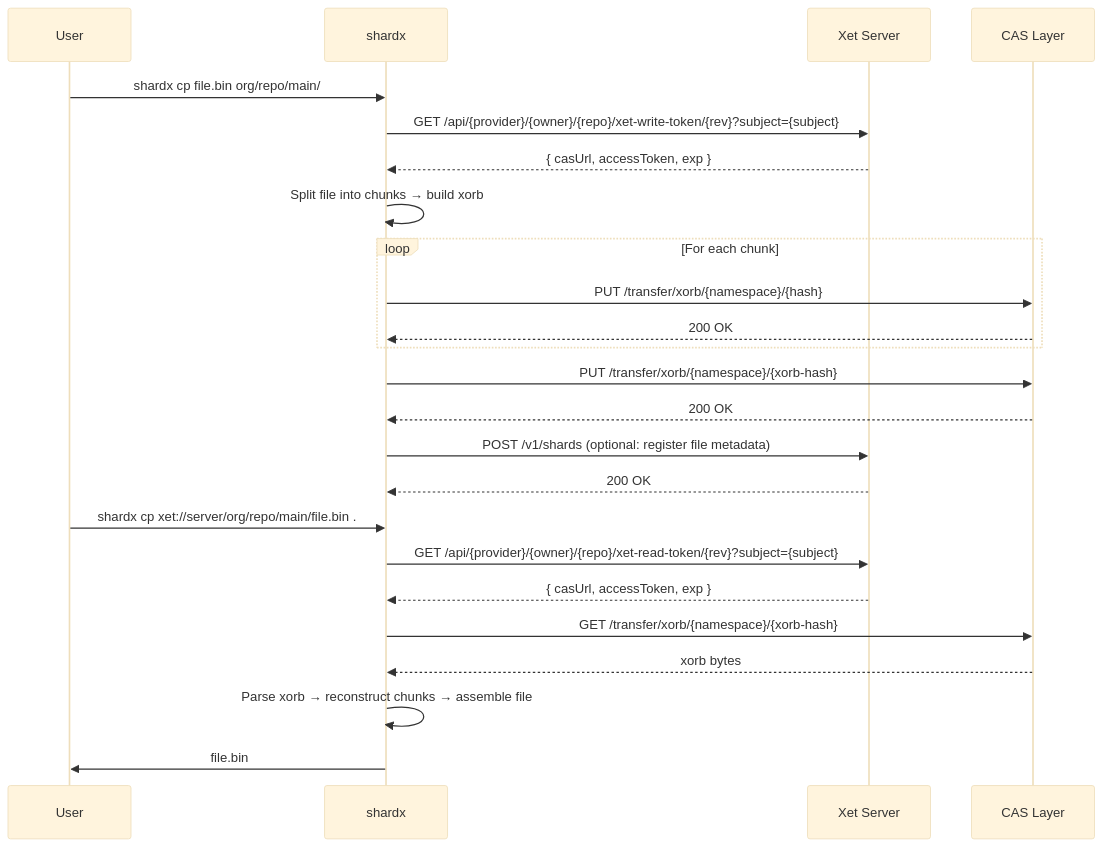
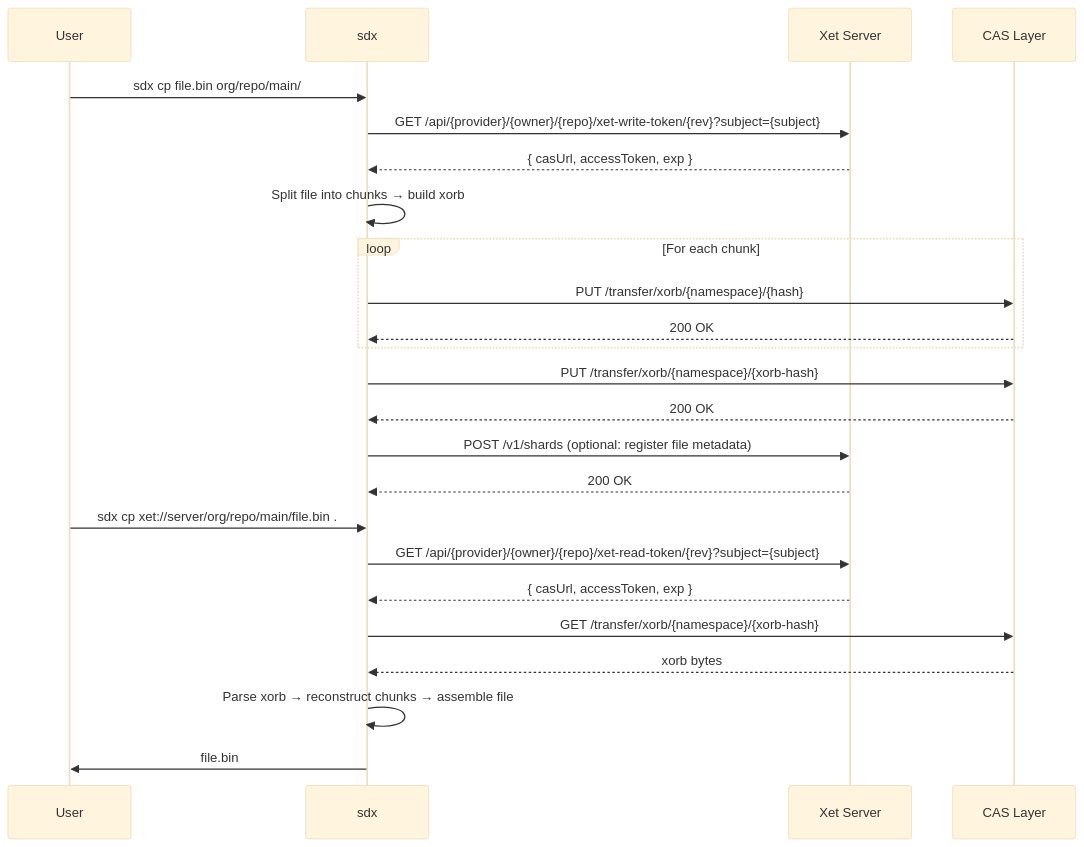
One commit to STEXS-Technologies/shardline changed the second of 2 diagrams in docs/XET_NATIVE_CLI.md. Above: the diagram before and after it, drawn with Mermaid (base theme). The commit also changed other lines of this file and 1 other file, not shown here.

Commit message:
docs: rename shardx to sdx, add sdx client library implementation plan

````diff
--- a/docs/XET_NATIVE_CLI.md
+++ b/docs/XET_NATIVE_CLI.md
@@ -121,33 +121,33 @@
 ```mermaid
 sequenceDiagram
   participant User as User
-  participant CLI as shardx
+  participant CLI as sdx
   participant Server as Xet Server
   participant CAS as CAS Layer
 
-  User->>CLI: shardx cp file.bin org/repo/main/
+  User->>CLI: sdx cp file.bin org/repo/main/
   CLI->>Server: GET /api/{provider}/{owner}/{repo}/xet-write-token/{rev}?subject={subject}
   Server-->>CLI: { casUrl, accessToken, exp }
 
   CLI->>CLI: Split file into chunks → build xorb
 
   loop For each chunk
     CLI->>CAS: PUT /transfer/xorb/{namespace}/{hash}
     CAS-->>CLI: 200 OK
   end
 
   CLI->>CAS: PUT /transfer/xorb/{namespace}/{xorb-hash}
   CAS-->>CLI: 200 OK
 
   CLI->>Server: POST /v1/shards (optional: register file metadata)
   Server-->>CLI: 200 OK
 
-  User->>CLI: shardx cp xet://server/org/repo/main/file.bin .
+  User->>CLI: sdx cp xet://server/org/repo/main/file.bin .
   CLI->>Server: GET /api/{provider}/{owner}/{repo}/xet-read-token/{rev}?subject={subject}
   Server-->>CLI: { casUrl, accessToken, exp }
 
   CLI->>CAS: GET /transfer/xorb/{namespace}/{xorb-hash}
   CAS-->>CLI: xorb bytes
   CLI->>CLI: Parse xorb → reconstruct chunks → assemble file
   CLI->>User: file.bin
 ```
````
